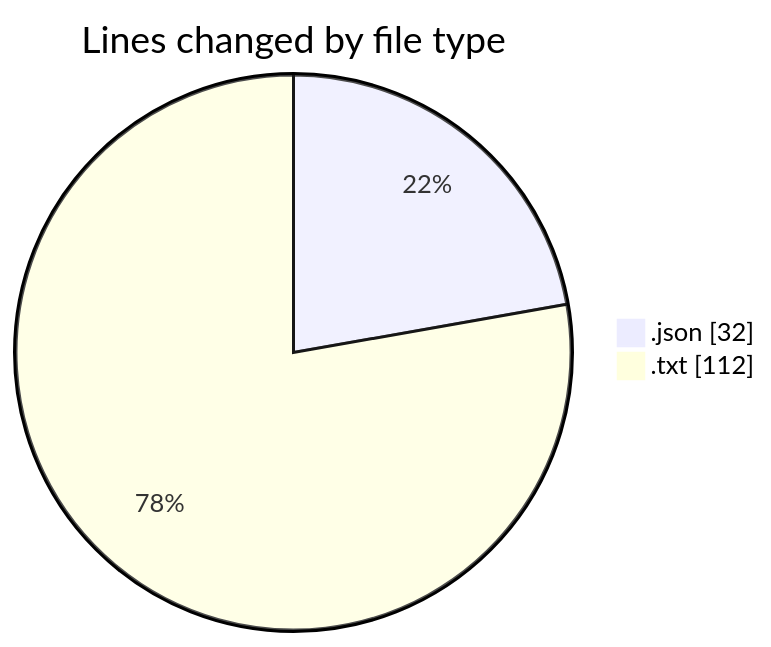
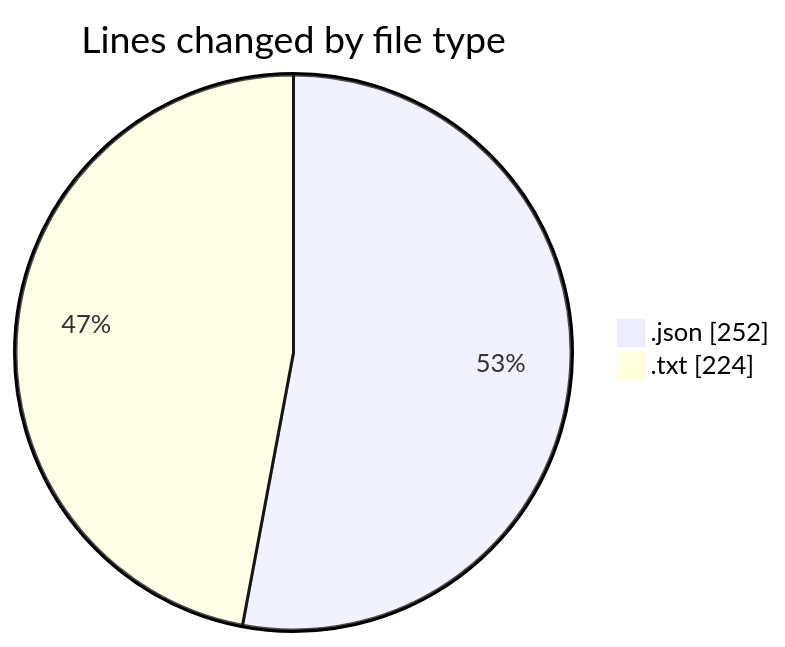
The first of 2 diagrams in 2025-03-25/audioplugin/README.md (Netris89/code-tracking), drawn with Mermaid before and after one commit. The commit also changed other lines of this file and 1 other file, not shown here.

````diff
--- a/2025-03-25/audioplugin/README.md
+++ b/2025-03-25/audioplugin/README.md
@@ -21,6 +22,6 @@
 ```mermaid
 pie showData
 title Lines changed by file type
-".json" : 32
-".txt" : 112
+".json" : 252
+".txt" : 224
 ```
````
